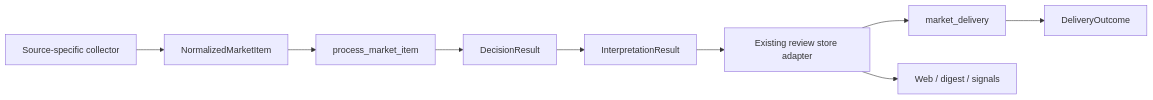
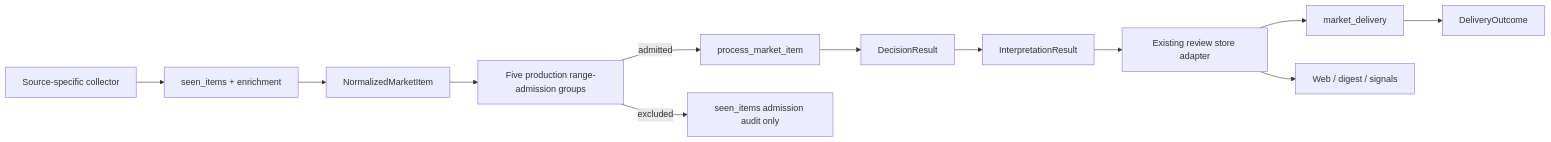
Before and after one commit to Stayfoool/MarketPulseWire: the diagram in docs/architecture-flow.md, drawn with Mermaid. The commit also changed other lines of this file and 38 other files, not shown here.

Commit message:
Switch five-group admission into production

````diff
--- a/docs/architecture-flow.md
+++ b/docs/architecture-flow.md
@@ -20,11 +23,14 @@
 ```mermaid
 flowchart LR
-    Source["Source-specific collector"] --> Item["NormalizedMarketItem"]
-    Item --> Runtime["process_market_item"]
+    Source["Source-specific collector"] --> Enrichment["seen_items + enrichment"]
+    Enrichment --> Item["NormalizedMarketItem"]
+    Item --> Admission["Five production range-admission groups"]
+    Admission -->|admitted| Runtime["process_market_item"]
+    Admission -->|excluded| Seen["seen_items admission audit only"]
     Runtime --> Decision["DecisionResult"]
     Decision --> Interpretation["InterpretationResult"]
     Interpretation --> Store["Existing review store adapter"]
     Store --> Delivery["market_delivery"]
     Store --> View["Web / digest / signals"]
     Delivery --> Outcome["DeliveryOutcome"]
 ```
````
